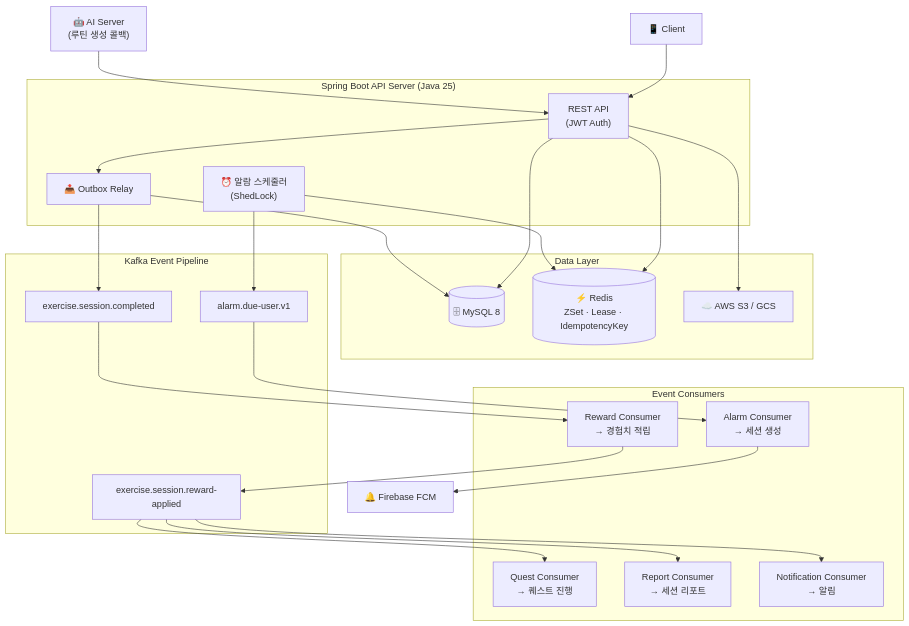
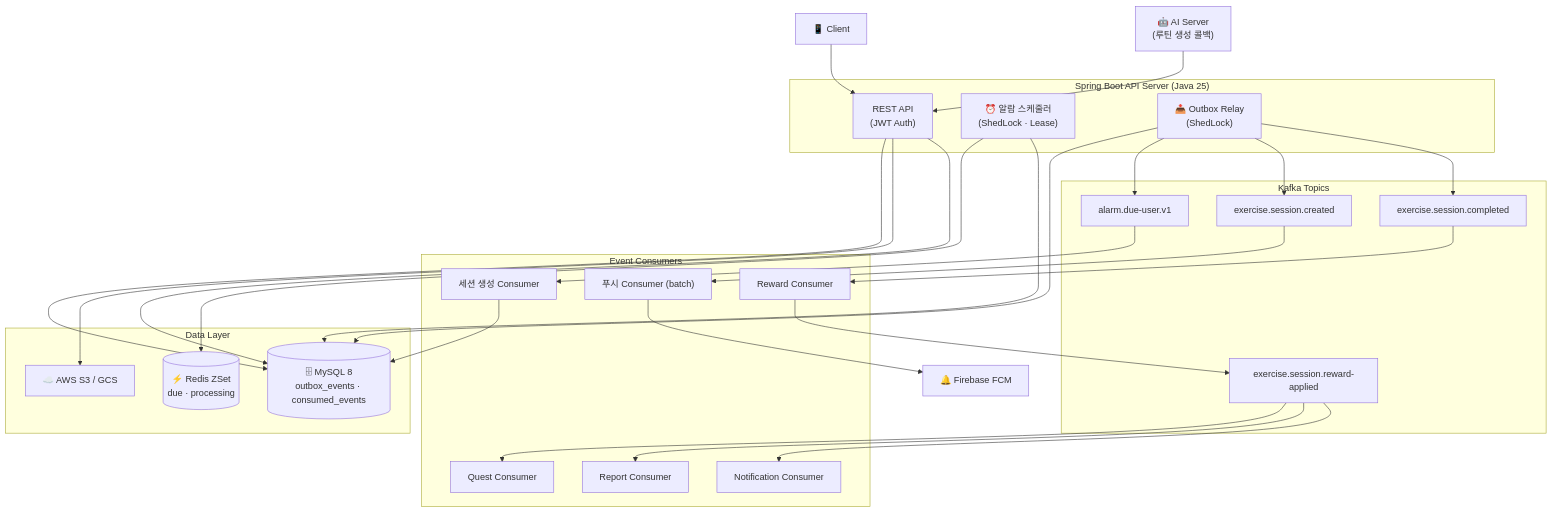
The diagram in README.md (100-hours-a-week/1-team-one-be), drawn with Mermaid before and after one commit. The commit also changed other lines of this file, not shown here.

````diff
--- a/README.md
+++ b/README.md
@@ -52,49 +52,53 @@
 ```mermaid
 graph TB
     Client["📱 Client"]
 
     subgraph BE["Spring Boot API Server (Java 25)"]
-        API["REST API\n(JWT Auth)"]
-        Scheduler["⏰ 알람 스케줄러\n(ShedLock)"]
-        Outbox["📤 Outbox Relay"]
+        API["REST API<br/>(JWT Auth)"]
+        Scheduler["⏰ 알람 스케줄러<br/>(ShedLock · Lease)"]
+        Relay["📤 Outbox Relay<br/>(ShedLock)"]
     end
 
     subgraph Storage["Data Layer"]
-        MySQL[("🗄 MySQL 8")]
-        Redis[("⚡ Redis\nZSet · Lease · IdempotencyKey")]
+        MySQL[("🗄 MySQL 8<br/>outbox_events · consumed_events")]
+        Redis[("⚡ Redis ZSet<br/>due · processing")]
         S3["☁️ AWS S3 / GCS"]
     end
 
-    subgraph MQ["Kafka Event Pipeline"]
-        K1["alarm.due-user.v1"]
-        K2["exercise.session.completed"]
-        K3["exercise.session.reward-applied"]
+    subgraph MQ["Kafka Topics"]
+        T1["alarm.due-user.v1"]
+        T2["exercise.session.created"]
+        T3["exercise.session.completed"]
+        T4["exercise.session.reward-applied"]
     end
 
     subgraph Consumers["Event Consumers"]
-        AC["Alarm Consumer\n→ 세션 생성"]
-        RC["Reward Consumer\n→ 경험치 적립"]
-        QC["Quest Consumer\n→ 퀘스트 진행"]
-        RpC["Report Consumer\n→ 세션 리포트"]
-        NC["Notification Consumer\n→ 알림"]
+        AC["세션 생성 Consumer"]
+        PC["푸시 Consumer (batch)"]
+        RC["Reward Consumer"]
+        QC["Quest Consumer"]
+        RpC["Report Consumer"]
+        NC["Notification Consumer"]
     end
 
-    AIServer["🤖 AI Server\n(루틴 생성 콜백)"]
+    AIServer["🤖 AI Server<br/>(루틴 생성 콜백)"]
     FCM["🔔 Firebase FCM"]
 
     Client --> API
     API --> MySQL
-    API --> Redis
     API --> S3
-    API --> Outbox --> MySQL
-    Outbox --> K2
+    API --> MySQL
     Scheduler --> Redis
-    Scheduler --> K1
-    K1 --> AC --> FCM
-    K2 --> RC
-    RC --> K3
-    K3 --> QC
-    K3 --> RpC
-    K3 --> NC
+    Scheduler --> MySQL
+    Relay --> MySQL
+    Relay --> T1
+    Relay --> T2
+    Relay --> T3
+    T1 --> AC --> MySQL
+    T2 --> PC --> FCM
+    T3 --> RC --> T4
+    T4 --> QC
+    T4 --> RpC
+    T4 --> NC
     AIServer --> API
 ```
````
